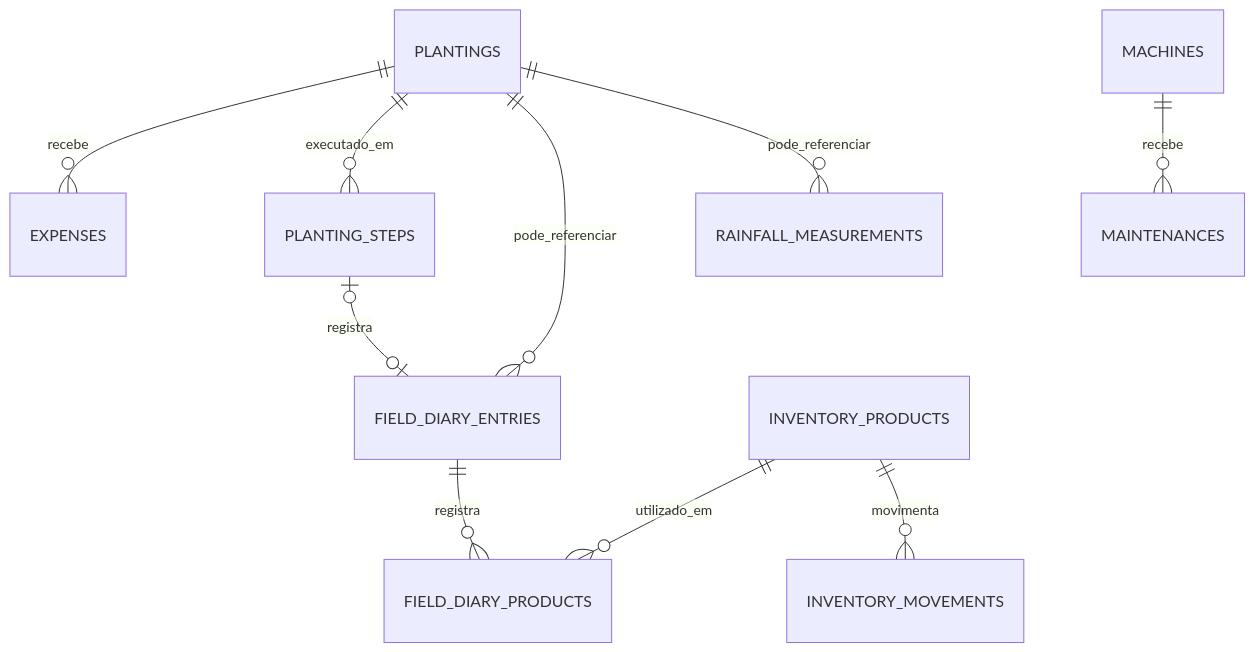
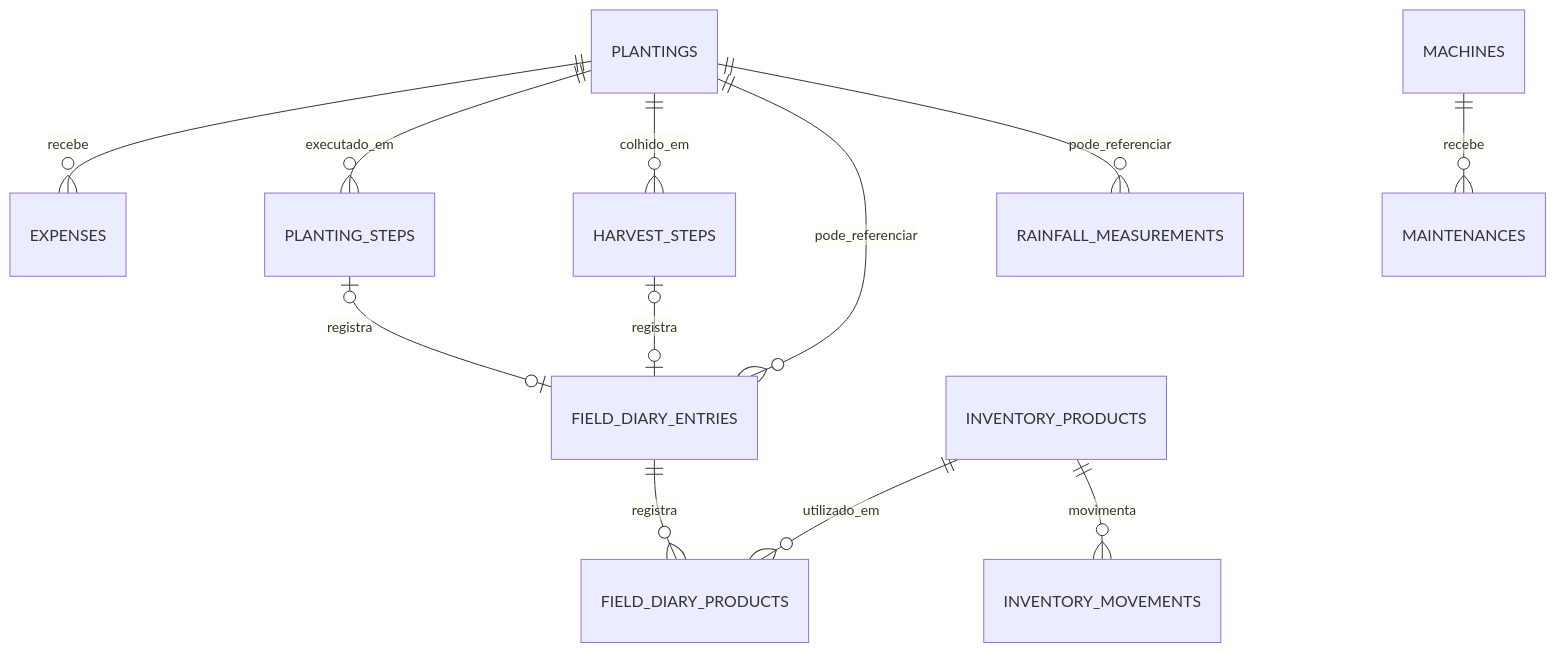
The diagram in docs/DATABASE_MODEL.md (RodrigoPWalter/agrogestor), drawn with Mermaid before and after one commit. The commit also changed other lines of this file and 2 other files, not shown here.

````diff
--- a/docs/DATABASE_MODEL.md
+++ b/docs/DATABASE_MODEL.md
@@ -7,12 +7,14 @@
 ```mermaid
 erDiagram
     PLANTINGS ||--o{ EXPENSES : recebe
     PLANTINGS ||--o{ PLANTING_STEPS : executado_em
+    PLANTINGS ||--o{ HARVEST_STEPS : colhido_em
     PLANTINGS ||--o{ FIELD_DIARY_ENTRIES : pode_referenciar
     PLANTING_STEPS o|--o| FIELD_DIARY_ENTRIES : registra
+    HARVEST_STEPS o|--o| FIELD_DIARY_ENTRIES : registra
     PLANTINGS ||--o{ RAINFALL_MEASUREMENTS : pode_referenciar
     FIELD_DIARY_ENTRIES ||--o{ FIELD_DIARY_PRODUCTS : registra
     INVENTORY_PRODUCTS ||--o{ FIELD_DIARY_PRODUCTS : utilizado_em
     INVENTORY_PRODUCTS ||--o{ INVENTORY_MOVEMENTS : movimenta
     MACHINES ||--o{ MAINTENANCES : recebe
 ```
````
